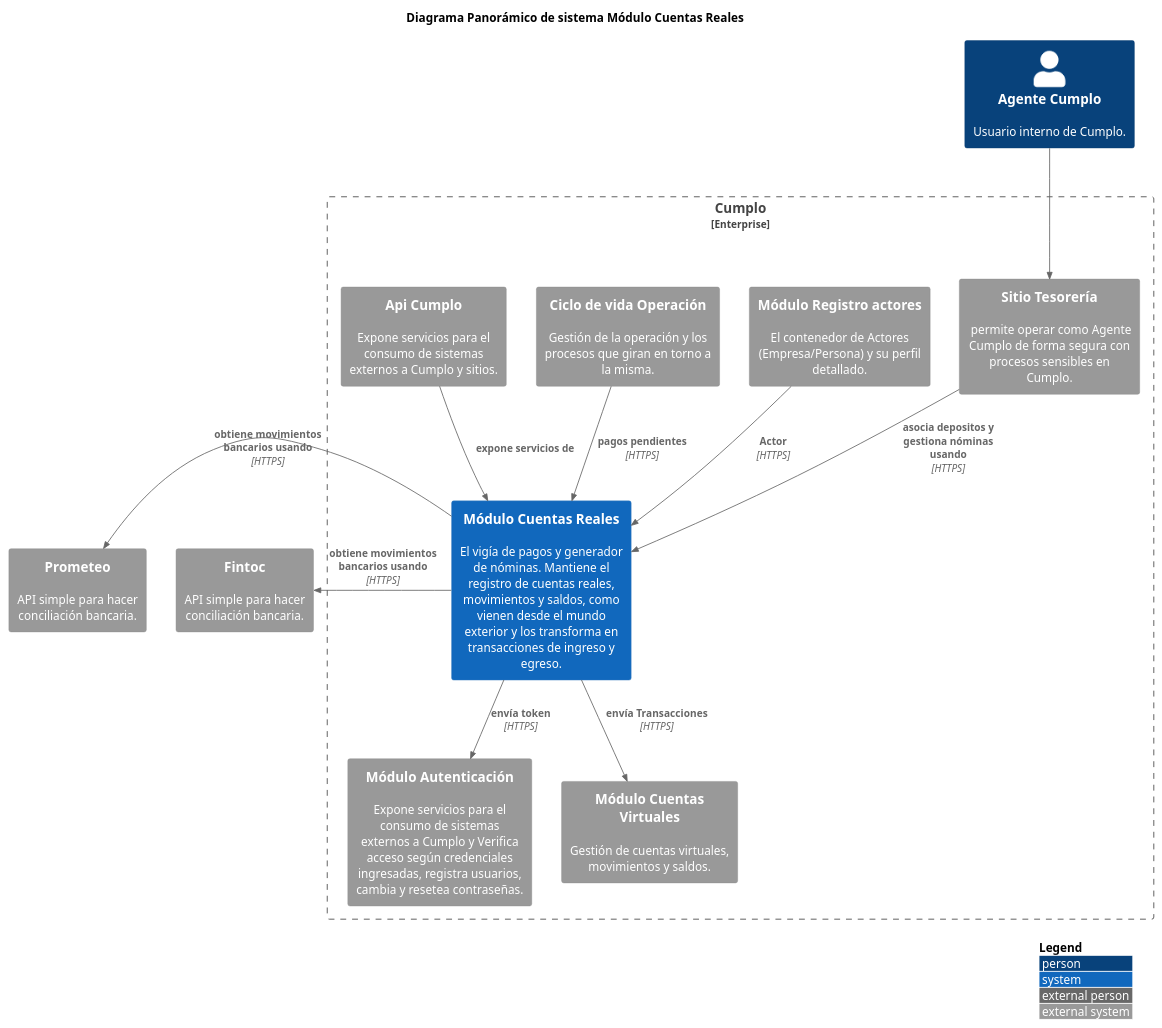
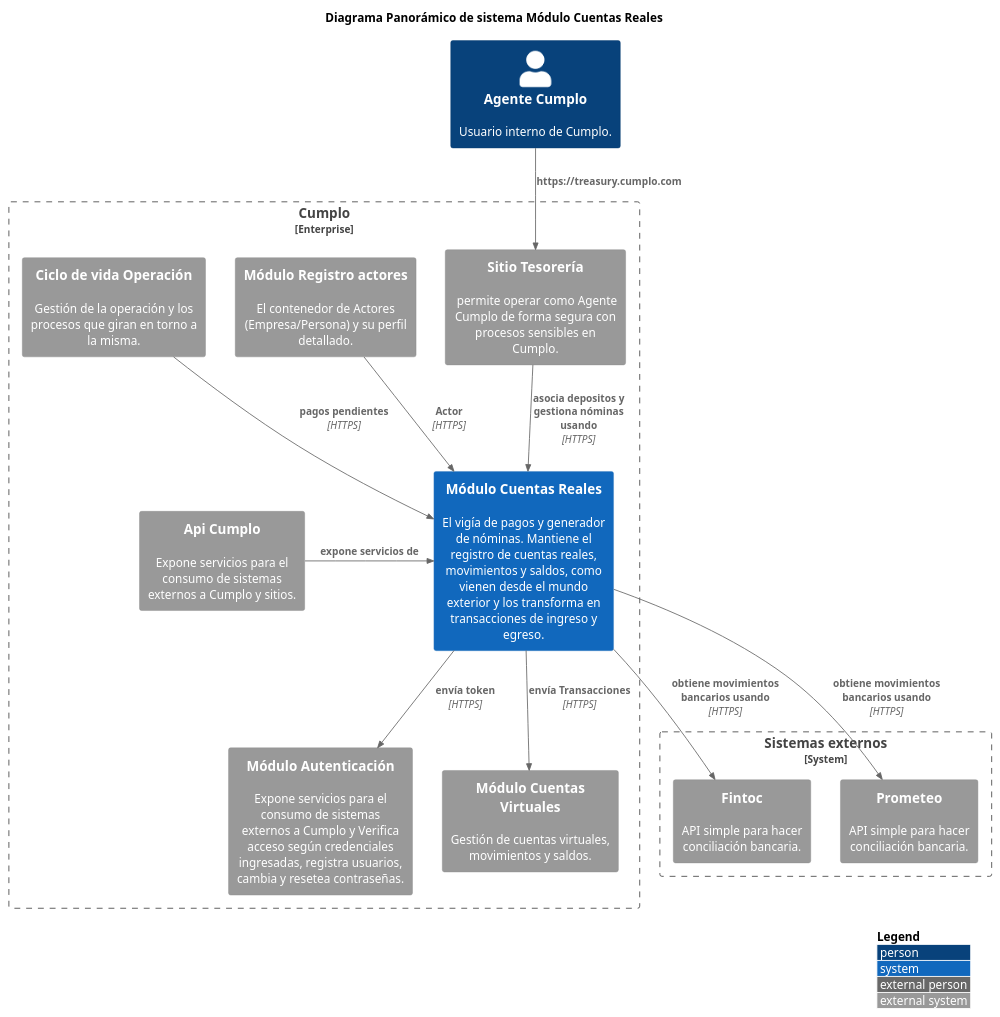
Before and after one commit to kpeet/koyweC4: the diagram in CuentasReales/ContextoPanoramicoCuentasReales.puml, drawn with PlantUML. The commit also changed 1 other file, not shown here.

Commit message:
detalles de presentacion de relaciones en cuentas reales

```diff
--- a/CuentasReales/ContextoPanoramicoCuentasReales.puml
+++ b/CuentasReales/ContextoPanoramicoCuentasReales.puml
@@ -1,56 +1,59 @@
 @startuml
 !include https://raw.githubusercontent.com/plantuml-stdlib/C4-PlantUML/master/C4_Context.puml
 ' uncomment the following line and comment the first to use locally
 ' !include C4_Context.puml
 
 'LAYOUT_TOP_DOWN()
 'LAYOUT_AS_SKETCH()
 LAYOUT_WITH_LEGEND()
 
 title Diagrama Panorámico de sistema Módulo Cuentas Reales
 
 Person(agente_cumplo, "Agente Cumplo", "Usuario interno de Cumplo.")
-System_Ext(fintoc, "Fintoc", "API simple para hacer conciliación bancaria.")
-System_Ext(prometeo, "Prometeo", "API simple para hacer conciliación bancaria.")
 Enterprise_Boundary(c0, "Cumplo") {
     System_Ext(s_tesoreria, "Sitio Tesorería", " permite operar como Agente Cumplo de forma segura con procesos sensibles en Cumplo.")
     System( modulo_cuentas_reales, "Módulo Cuentas Reales", "El vigía de pagos y generador de nóminas. Mantiene el registro de cuentas reales, movimientos y saldos, como vienen desde el mundo exterior y los transforma en transacciones de ingreso y egreso.")
     System_Ext(modulo_autenticacion, "Módulo Autenticación", "Expone servicios para el consumo de sistemas externos a Cumplo y Verifica acceso según credenciales ingresadas, registra usuarios, cambia y resetea contraseñas.")
     System_Ext(modulo_registro_actores, "Módulo Registro actores", "El contenedor de Actores (Empresa/Persona) y su perfil detallado.")
     System_Ext(modulo_cuentas_virtuales, "Módulo Cuentas Virtuales", "Gestión de cuentas virtuales, movimientos y saldos.")
     System_Ext(modulo_operaciones, "Ciclo de vida Operación", "Gestión de la operación y los procesos que giran en torno a la misma.")
     System_Ext(modulo_api_cumplo, "Api Cumplo", "Expone servicios para el consumo de sistemas externos a Cumplo y sitios.")
+
+}
+System_Boundary(sistemas_externos, "Sistemas externos"){
+    System_Ext(fintoc, "Fintoc", "API simple para hacer conciliación bancaria.")
+    System_Ext(prometeo, "Prometeo", "API simple para hacer conciliación bancaria.")
 
 }
 
 
 
 'RELACIONES DE SISTEMA
 'Relaciones sistema/módulos
 
 Rel(modulo_registro_actores, modulo_cuentas_reales, "Actor", "HTTPS")
 Rel(modulo_cuentas_reales, modulo_cuentas_virtuales, "envía Transacciones", "HTTPS")
 Rel(modulo_operaciones, modulo_cuentas_reales, "pagos pendientes", "HTTPS")
 Rel(modulo_cuentas_reales, modulo_autenticacion, "envía token", "HTTPS")
-Rel(modulo_api_cumplo, modulo_cuentas_reales, "expone servicios de")
+Rel_R(modulo_api_cumplo, modulo_cuentas_reales, "expone servicios de")
 
 'Relaciones usuarios/sitios
  
- Rel(agente_cumplo, s_tesoreria, "", "")
+ Rel(agente_cumplo, s_tesoreria, "https://treasury.cumplo.com",)
 
 
 'Relaciones sitios/módulos
 
 Rel(s_tesoreria,modulo_cuentas_reales, "asocia depositos y gestiona nóminas usando", "HTTPS")
 
 
 'Relaciones módulos/sistemas externos
-Rel_L( modulo_cuentas_reales,fintoc, "obtiene movimientos bancarios usando", "HTTPS")
-Rel_L( modulo_cuentas_reales,prometeo, "obtiene movimientos bancarios usando", "HTTPS")
+Rel( modulo_cuentas_reales,fintoc, "obtiene movimientos bancarios usando", "HTTPS")
+Rel( modulo_cuentas_reales,prometeo, "obtiene movimientos bancarios usando", "HTTPS")
 
 
 'Lay_D(atm, banking_system)
 
 'Lay_D(atm, customer)
 'Lay_U(mail_system, customer)
 @enduml
```
